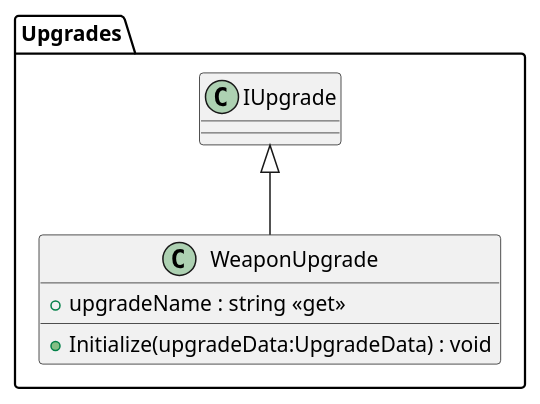
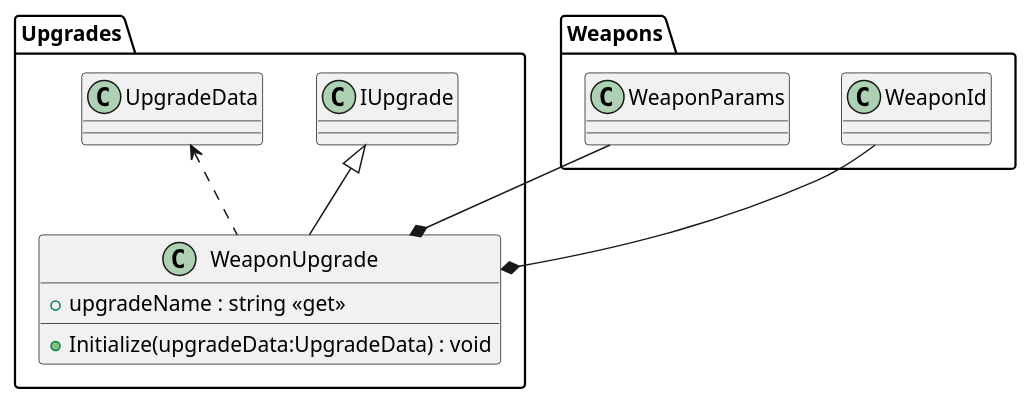
One commit to asterisk-cn/RougueShooter changed the diagram in plantuml/target/Upgrade/WeaponUpgrade.puml. Above: the diagram before and after it, drawn with PlantUML. The commit also changed 26 other files, not shown here.

```diff
--- a/plantuml/target/Upgrade/WeaponUpgrade.puml
+++ b/plantuml/target/Upgrade/WeaponUpgrade.puml
@@ -1,9 +1,13 @@
 @startuml
 namespace Upgrades{
 class WeaponUpgrade {
     + upgradeName : string <<get>>
     + Initialize(upgradeData:UpgradeData) : void
 }
-IUpgrade <|-- WeaponUpgrade
 }
+Upgrades.IUpgrade <|-- WeaponUpgrade
+Weapons.WeaponId --* WeaponUpgrade
+Weapons.WeaponParams --* WeaponUpgrade
+Upgrades.UpgradeData <.. WeaponUpgrade
+
 @enduml
```
